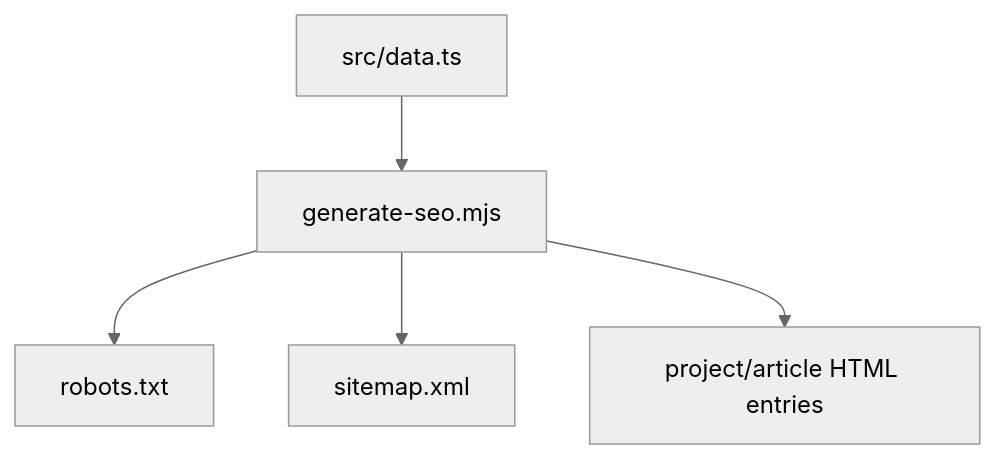
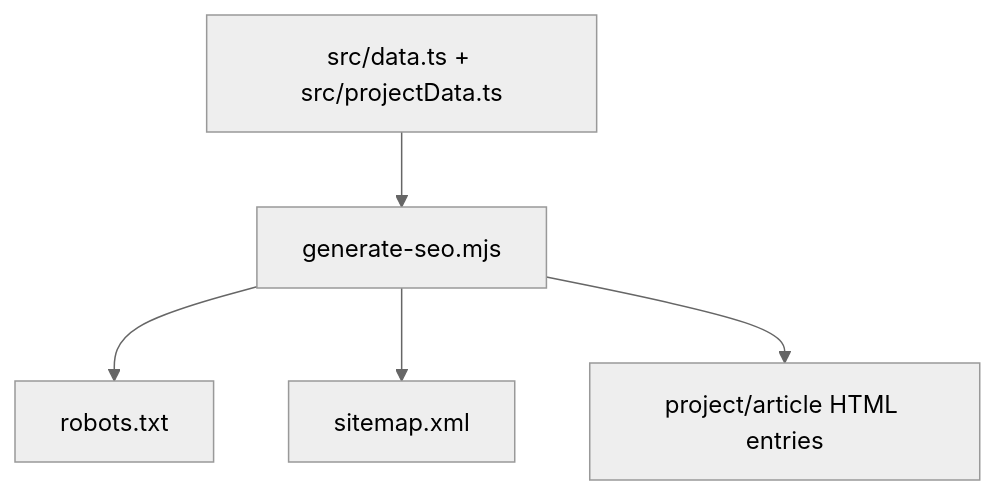
Before and after one commit to SidheshwarSarangal/portfoionew: the second of 3 diagrams in docs/SEO_AND_ANALYTICS.md, drawn with Mermaid (neutral theme). The commit also changed other lines of this file and 89 other files, not shown here.

````diff
--- a/docs/SEO_AND_ANALYTICS.md
+++ b/docs/SEO_AND_ANALYTICS.md
@@ -36,7 +37,7 @@
 ```mermaid
 flowchart TD
-  Data[src/data.ts] --> Script[generate-seo.mjs]
+  Data[src/data.ts + src/projectData.ts] --> Script[generate-seo.mjs]
   Script --> Robots[robots.txt]
   Script --> Sitemap[sitemap.xml]
   Script --> Routes[project/article HTML entries]
 ```
````
